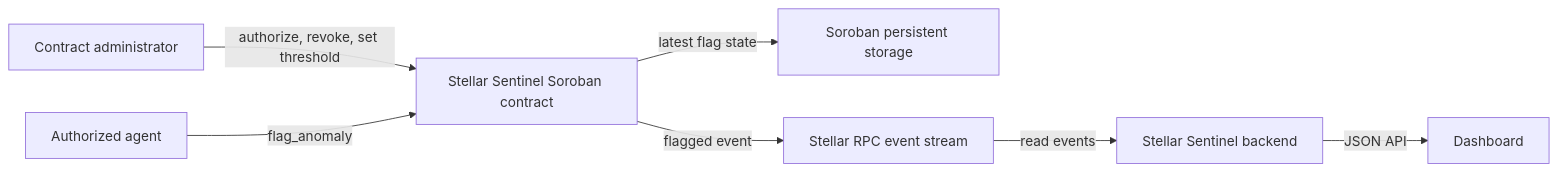
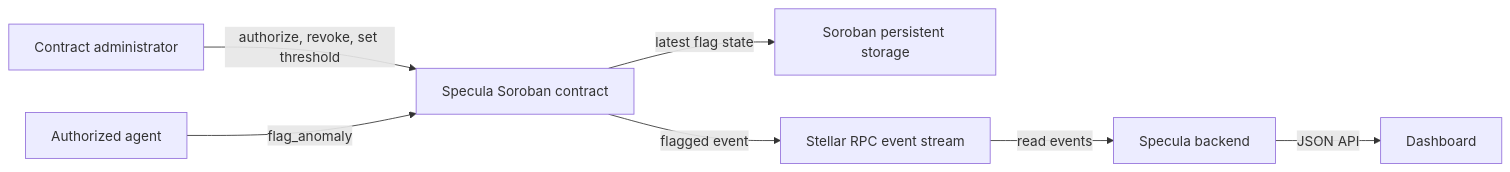
The diagram in README.md (Abayomi-fx/specula-contracts), drawn with Mermaid before and after one commit. The commit also changed other lines of this file, not shown here.

````diff
--- a/README.md
+++ b/README.md
@@ -10,9 +36,9 @@
 ```mermaid
 flowchart LR
-  Admin[Contract administrator] -->|authorize, revoke, set threshold| Contract[Stellar Sentinel Soroban contract]
+  Admin[Contract administrator] -->|authorize, revoke, set threshold| Contract[Specula Soroban contract]
   Agent[Authorized agent] -->|flag_anomaly| Contract
   Contract -->|latest flag state| State[Soroban persistent storage]
   Contract -->|flagged event| RPC[Stellar RPC event stream]
-  RPC -->|read events| Backend[Stellar Sentinel backend]
+  RPC -->|read events| Backend[Specula backend]
   Backend -->|JSON API| UI[Dashboard]
 ```
````
